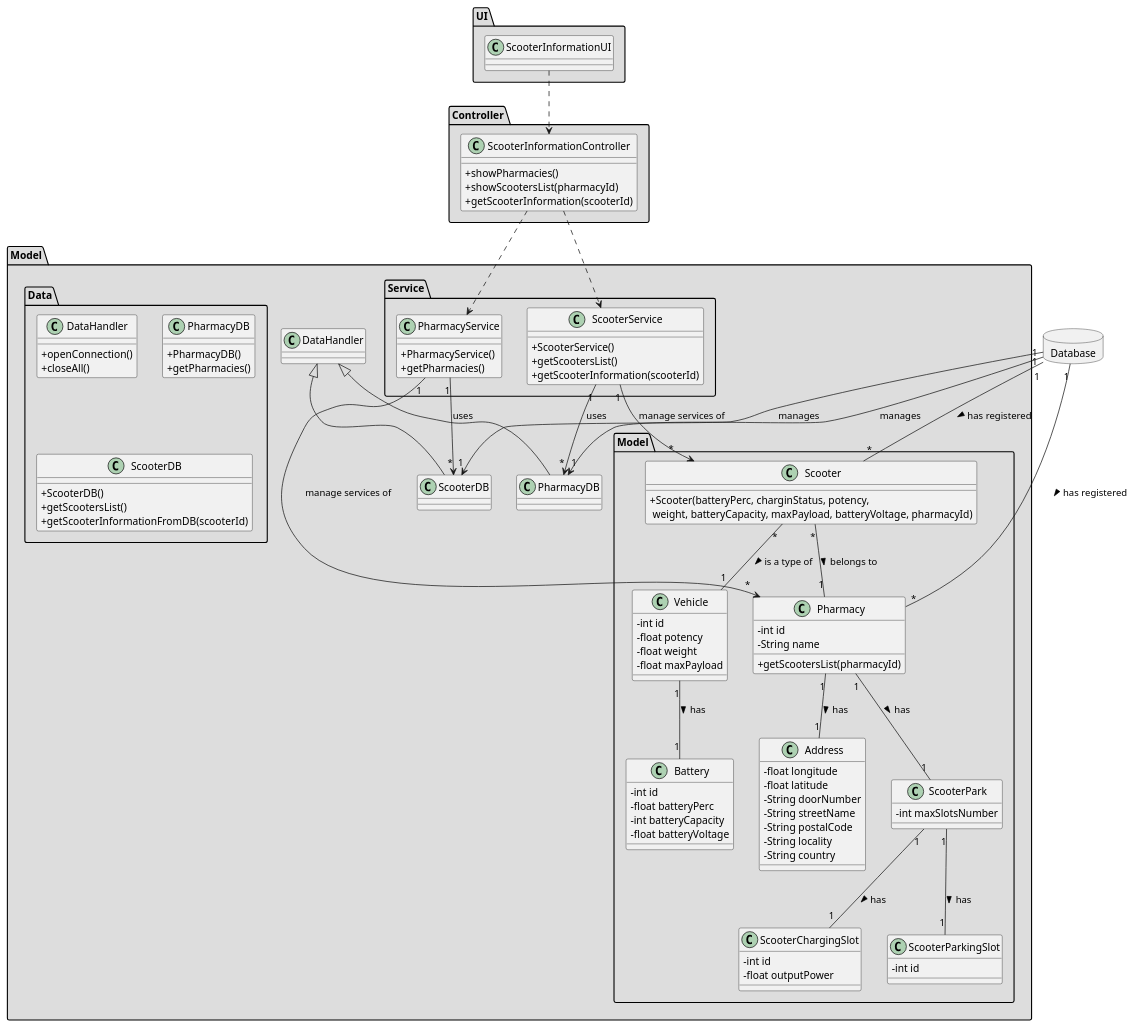
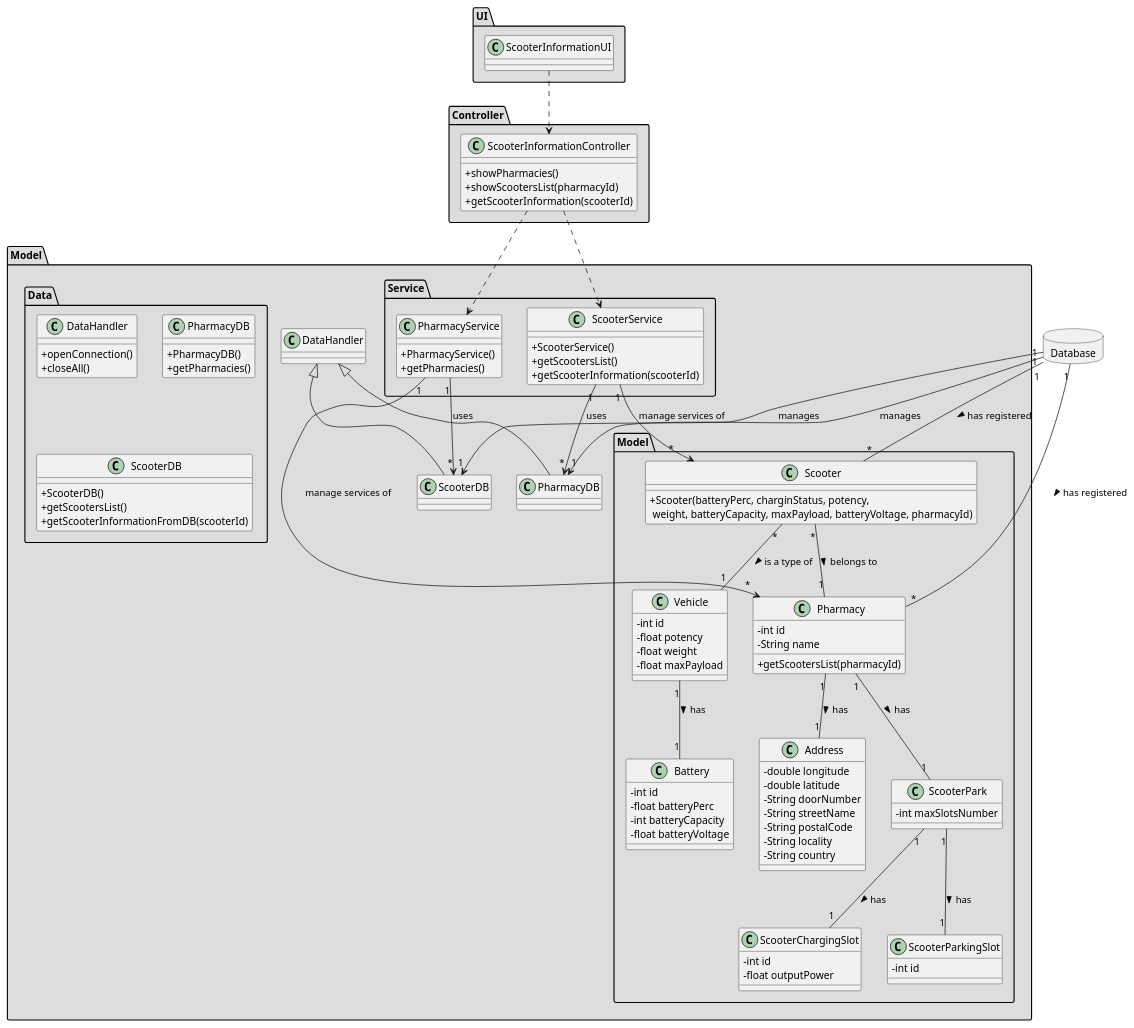
The diagram in docs/Iteration 2/Scooter Management/US57_ScooterInformation/Refinement/US57_CD.puml (tiagoavcosta25/LAPR3), drawn with PlantUML before and after one commit. The commit also changed 15 other files, not shown here.

```diff
--- a/docs/Iteration 2/Scooter Management/US57_ScooterInformation/Refinement/US57_CD.puml
+++ b/docs/Iteration 2/Scooter Management/US57_ScooterInformation/Refinement/US57_CD.puml
@@ -1,128 +1,128 @@
 @startuml
 skinparam classAttributeIconSize 0
 
 database Database {
 }
 
 package "UI" #DDDDDD {
 class ScooterInformationUI{
 }
 }
 
 package "Controller" #DDDDDD {
 class ScooterInformationController{
 +showPharmacies()
 +showScootersList(pharmacyId)
 +getScooterInformation(scooterId)
 }
 }
 
 
 package "Model" #DDDDDD {
  package "Service" #DDDDDD {
   class PharmacyService{
       +PharmacyService()
       +getPharmacies()
   }
 
   class ScooterService{
       +ScooterService()
       +getScootersList()
       +getScooterInformation(scooterId)
    }
 }
 
 package "Model" #DDDDDD {
 class ScooterPark{
 -   int maxSlotsNumber
 }
 
 class ScooterChargingSlot{
 -   int id
 -   float outputPower
 }
 
 class ScooterParkingSlot{
 -   int id
 }
 
 class Scooter{
 +Scooter(batteryPerc, charginStatus, potency,\n weight, batteryCapacity, maxPayload, batteryVoltage, pharmacyId)
 
 }
 
 class Vehicle{
   -int id
   -float potency
   -float weight
   -float maxPayload
 }
 
 class Battery{
   -int id
   -float batteryPerc
   -int batteryCapacity
   -float batteryVoltage
 }
 
 class Address{
-  -float longitude
-  -float latitude
+  -double longitude
+  -double latitude
   -String doorNumber
   -String streetName
   -String postalCode
   -String locality
   -String country
 }
 
 class Pharmacy {
   -int id
   -String name
   +getScootersList(pharmacyId)
 }
 }
 
 
 package "Data" #DDDDDD {
 class DataHandler{
     +openConnection()
     +closeAll()
 }
 class PharmacyDB{
      +PharmacyDB()
      +getPharmacies()
  }
 
  class ScooterDB{
      +ScooterDB()
      +getScootersList()
      +getScooterInformationFromDB(scooterId)
   }
 }
 
 class PharmacyDB extends DataHandler
 class ScooterDB extends DataHandler
 
 ScooterInformationUI ..> ScooterInformationController
 ScooterInformationController ..> PharmacyService
 ScooterInformationController ..> ScooterService
 Database "1" --> "1" PharmacyDB : manages
 Database "1" --> "1" ScooterDB : manages
 ScooterService "1" --> "*" PharmacyDB : uses
 PharmacyService "1" --> "*" ScooterDB : uses
 PharmacyService "1" --> "*" Pharmacy : manage services of
 ScooterService "1" --> "*" Scooter : manage services of
 
 Database "1" -- "*" Pharmacy : has registered >
 Database "1" -- "*" Scooter : has registered >
 
 Vehicle "1" -- "1" Battery : has >
 Scooter "*" -- "1" Vehicle : is a type of >
 Scooter "*" -- "1" Pharmacy : belongs to >
 Pharmacy "1" -- "1" Address : has >
 Pharmacy "1" -- "1" ScooterPark : has >
 ScooterPark "1" -- "1" ScooterChargingSlot : has >
 ScooterPark "1" -- "1" ScooterParkingSlot : has >
 
 
 @enduml
```
